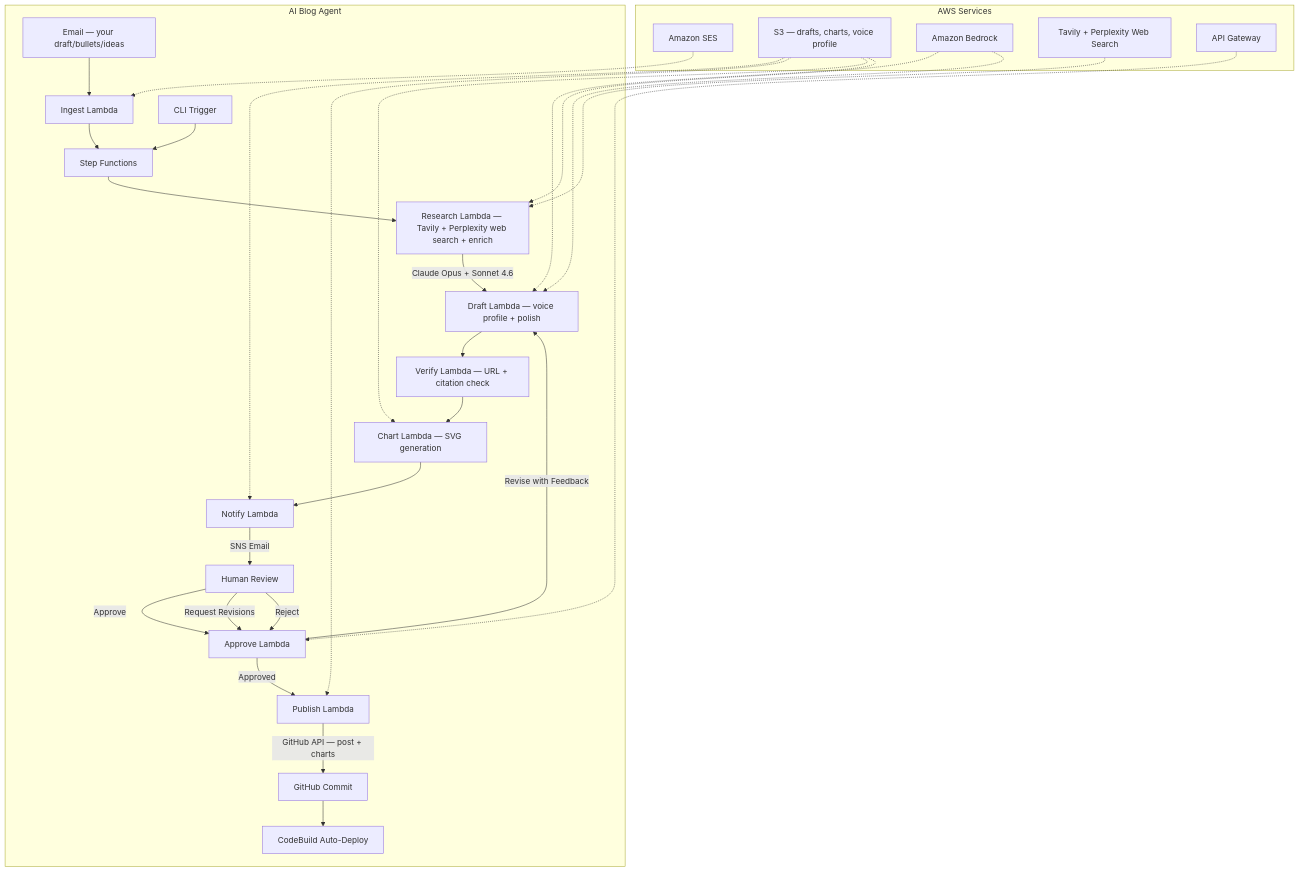
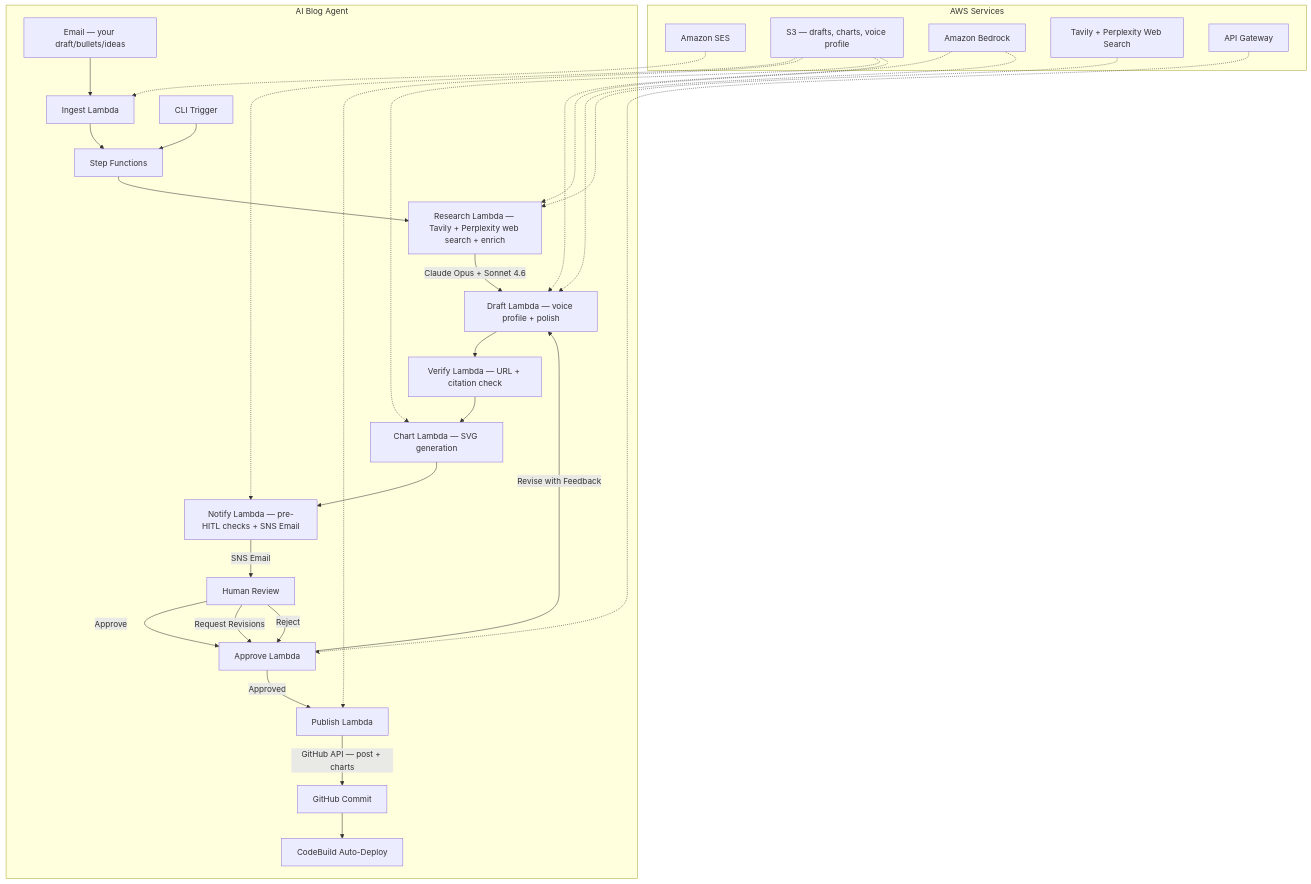
One commit to kzaky/khaledzaky.com changed the second of 4 diagrams in README.md. Above: the diagram before and after it, drawn with Mermaid. The commit also changed 1 other file, not shown here.

Commit message:
docs: update diagrams to reflect pre-HITL validation gate
agent/README.md flowchart:
- Notify label: 'pre-HITL validation + SNS Email'
- Add missing F -->|validation fail| J[PipelineFailed] path
  (Notify was the only pipeline step without an error path in the diagram)

README.md graph TD:
- Notify label updated to show pre-HITL checks gate

````diff
--- a/README.md
+++ b/README.md
@@ -38,33 +38,33 @@
 ```mermaid
 graph TD
     subgraph "AI Blog Agent"
         EM[Email — your draft/bullets/ideas] --> IG[Ingest Lambda]
         CLI[CLI Trigger] --> SF
         IG --> SF[Step Functions]
         SF --> R[Research Lambda — Tavily + Perplexity web search + enrich]
         R -->|Claude Opus + Sonnet 4.6| D[Draft Lambda — voice profile + polish]
         D --> VC[Verify Lambda — URL + citation check]
         VC --> CH[Chart Lambda — SVG generation]
-        CH --> N[Notify Lambda]
+        CH --> N[Notify Lambda — pre-HITL checks + SNS Email]
         N -->|SNS Email| U[Human Review]
         U -->|Approve| AP[Approve Lambda]
         U -->|Request Revisions| AP
         U -->|Reject| AP
         AP -->|Approved| P[Publish Lambda]
         AP -->|Revise with Feedback| D
         P -->|GitHub API — post + charts| GH[GitHub Commit]
         GH --> CB[CodeBuild Auto-Deploy]
     end
 
     subgraph "AWS Services"
         SES[Amazon SES] -.-> IG
         S3[S3 — drafts, charts, voice profile] -.-> N
         S3 -.-> P
         S3 -.-> CH
         S3 -.-> D
         BK[Amazon Bedrock] -.-> R
         BK -.-> D
         TV[Tavily + Perplexity Web Search] -.-> R
         AG[API Gateway] -.-> AP
     end
 ```
````
